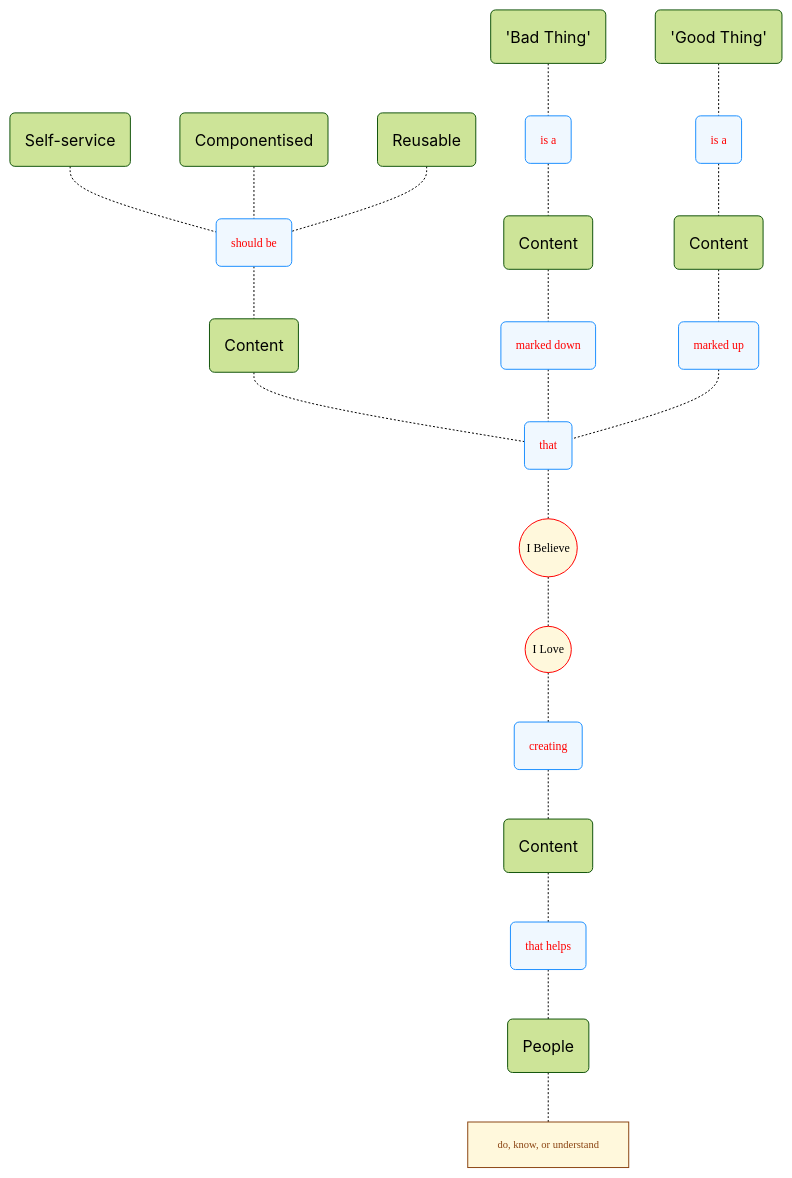
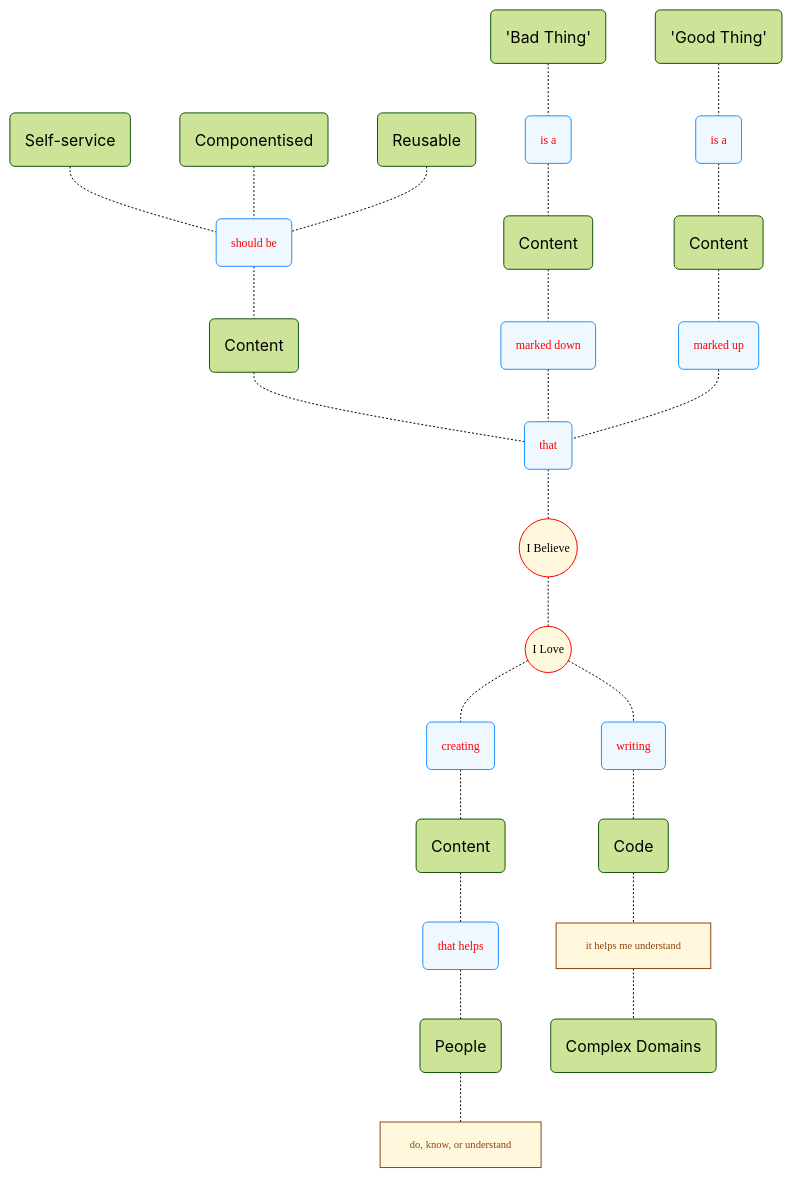
The first of 2 diagrams in my_mindmap_02.md (joe-dorward/samples), drawn with Mermaid before and after one commit.

````diff
--- a/my_mindmap_02.md
+++ b/my_mindmap_02.md
@@ -1,56 +1,66 @@
 ```mermaid
 %%{init: { "theme":"forest"} }%%
 flowchart TD
   classDef Start fill:cornsilk, stroke:red, font-family:verdana, font-size:9pt;
   classDef Verb fill:aliceblue, color:red, stroke:dodgerblue, font-family:verdana, font-size:9pt;
   classDef Note fill:cornsilk, stroke:saddlebrown, color:saddlebrown, font-family:verdana, font-size:8pt, text-align:left;
 
   SELF_SERVICE("Self-service")
   COMPONENTISED("Componentised")
   REUSABLE("Reusable")
 
   CONTENT_1("Content")
 
   SHOULD_BE_1("should be")
   THAT_1("that")
 
   I_BELIEVE(("I Believe")):::Start
 
   class SHOULD_BE_1,THAT_1 Verb;
 
   SELF_SERVICE-.-SHOULD_BE_1-.-CONTENT_1-.-THAT_1-.-I_BELIEVE
   COMPONENTISED-.-SHOULD_BE_1
   REUSABLE-.-SHOULD_BE_1
 
   %% ----------
   BAD_THING("'Bad Thing'")
   IS_A_1("is a")
   CONTENT_2("Content")
   MARKED_DOWN("marked down")
 
   GOOD_THING("'Good Thing'")
   IS_A_2("is a")
   CONTENT_3("Content")
   MARKED_UP("marked up")
 
   BAD_THING-.-IS_A_1-.-CONTENT_2-.-MARKED_DOWN-.-THAT_1
   GOOD_THING-.-IS_A_2-.-CONTENT_3-.-MARKED_UP-.-THAT_1
 
   class MARKED_DOWN,IS_A_1,MARKED_UP,IS_A_2 Verb;
 
   %% ==========
   I_LOVE(("I Love")):::Start
 
   I_BELIEVE-.-I_LOVE
   %% ---------- ---------- ---------- ---------- ----------
   CREATING("creating")
   CONTENT_4("Content")
   THAT_HELPS("that helps")
   PEOPLE("People")
   DO_KNOW_UNDERSTAND["do, know, or understand"]
 
   class CREATING,THAT_HELPS Verb;
   class DO_KNOW_UNDERSTAND Note;
 
   I_LOVE-.-CREATING-.-CONTENT_4-.-THAT_HELPS-.-PEOPLE-.-DO_KNOW_UNDERSTAND
+  %% ---------- ---------- ---------- ---------- ----------
+  WRITING("writing")
+  CODE("Code")
+  HELPS_ME_UNDERSTAND["it helps me understand"]
+  COMPLEX_DOMAINS("Complex Domains")
+
+  class WRITING Verb;
+  class HELPS_ME_UNDERSTAND Note;
+
+  I_LOVE-.-WRITING-.-CODE-.-HELPS_ME_UNDERSTAND-.-COMPLEX_DOMAINS
 ```
````
